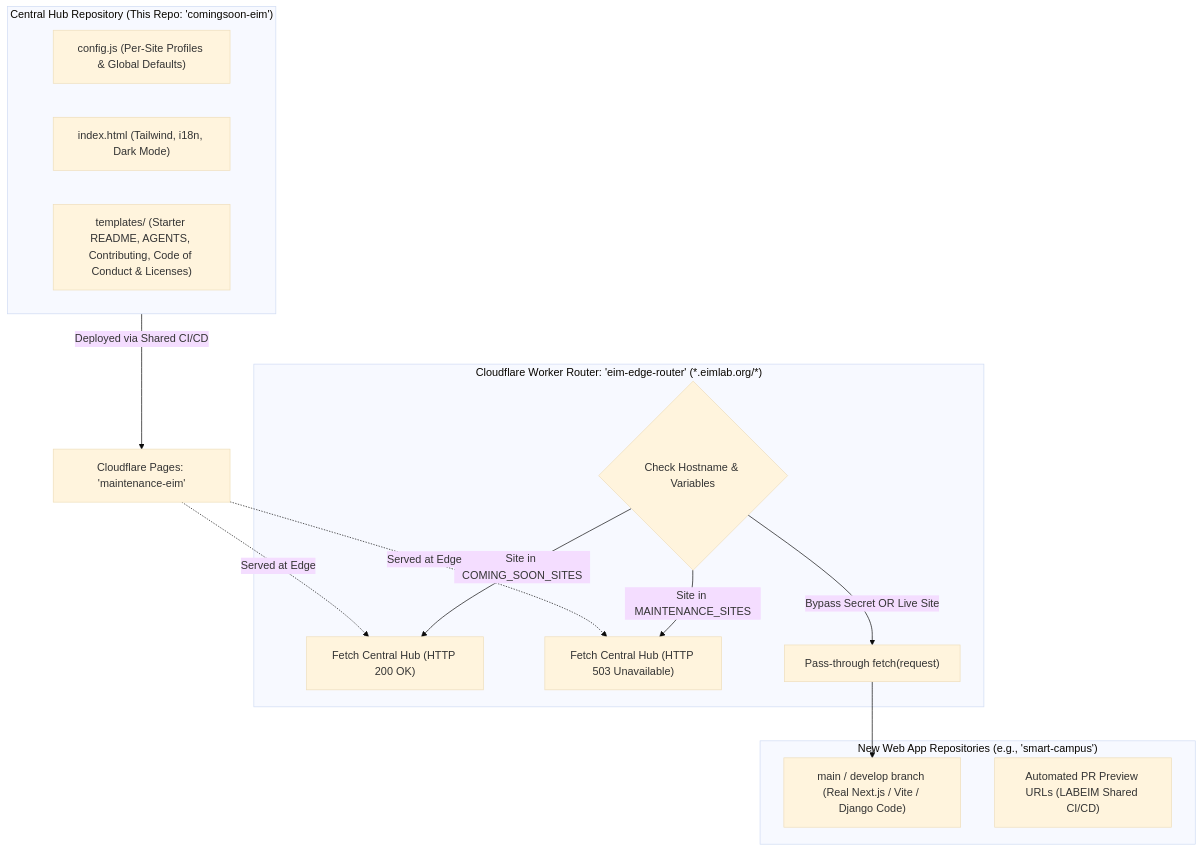
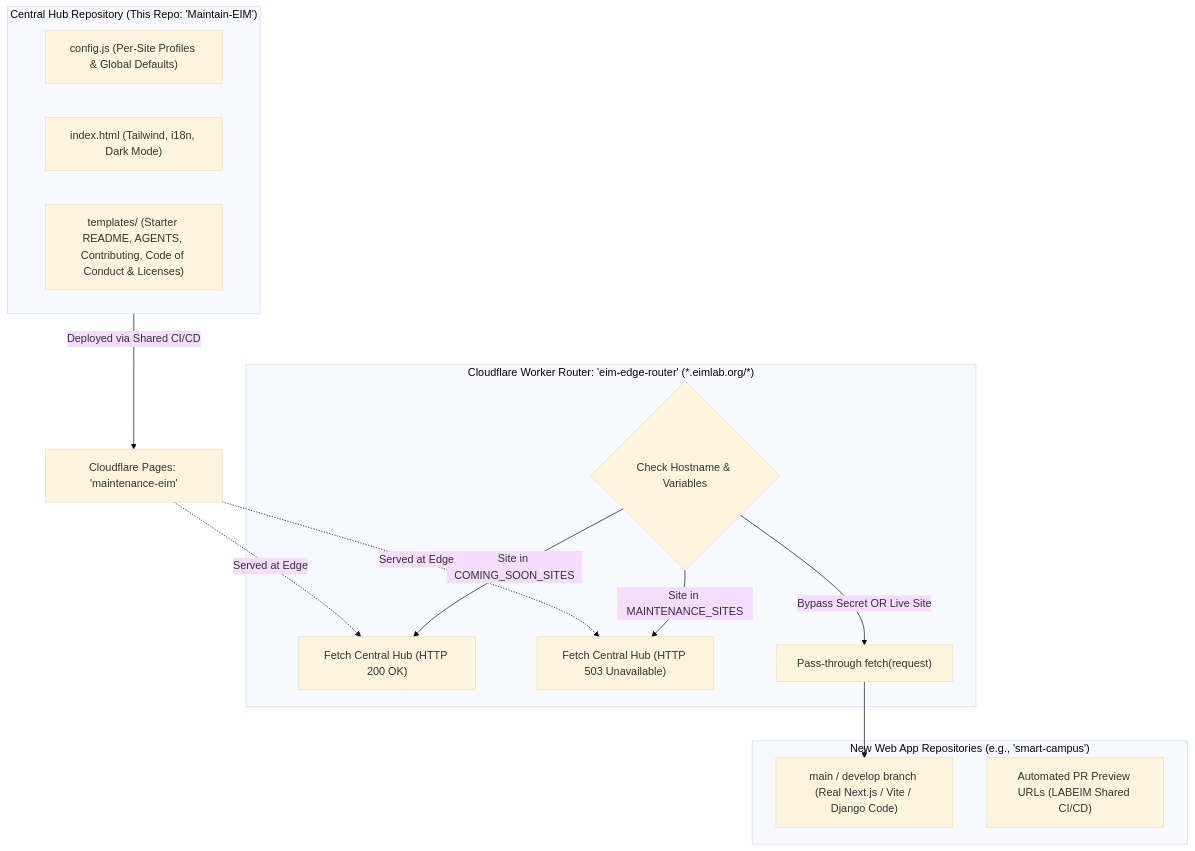
One commit to LABEIM/Maintain-EIM changed the diagram in SETUP.md. Above: the diagram before and after it, drawn with Mermaid (base theme). The commit also changed other lines of this file and 3 other files, not shown here.

````diff
--- a/SETUP.md
+++ b/SETUP.md
@@ -11,25 +11,25 @@
 ```mermaid
 flowchart TD
-    subgraph Central_Hub ["Central Hub Repository (This Repo: 'comingsoon-eim')"]
+    subgraph Central_Hub ["Central Hub Repository (This Repo: 'Maintain-EIM')"]
         CONFIG["config.js (Per-Site Profiles & Global Defaults)"]
         HTML["index.html (Tailwind, i18n, Dark Mode)"]
         TEMPLATES["templates/ (Starter README, AGENTS, Contributing, Code of Conduct & Licenses)"]
     end
 
     subgraph Edge_Gateway ["Cloudflare Worker Router: 'eim-edge-router' (*.eimlab.org/*)"]
         ROUTER{"Check Hostname & Variables"}
         ROUTER -->|Site in COMING_SOON_SITES| CS_RES["Fetch Central Hub (HTTP 200 OK)"]
         ROUTER -->|Site in MAINTENANCE_SITES| MT_RES["Fetch Central Hub (HTTP 503 Unavailable)"]
         ROUTER -->|Bypass Secret OR Live Site| APP_RES["Pass-through fetch(request)"]
     end
 
     subgraph App_Repos ["New Web App Repositories (e.g., 'smart-campus')"]
         MAIN["main / develop branch (Real Next.js / Vite / Django Code)"]
         PR_PREVIEW["Automated PR Preview URLs (LABEIM Shared CI/CD)"]
     end
 
     Central_Hub -->|Deployed via Shared CI/CD| CF_HUB["Cloudflare Pages: 'maintenance-eim'"]
     CF_HUB -.->|Served at Edge| CS_RES
     CF_HUB -.->|Served at Edge| MT_RES
     APP_RES --> MAIN
 ```
````
